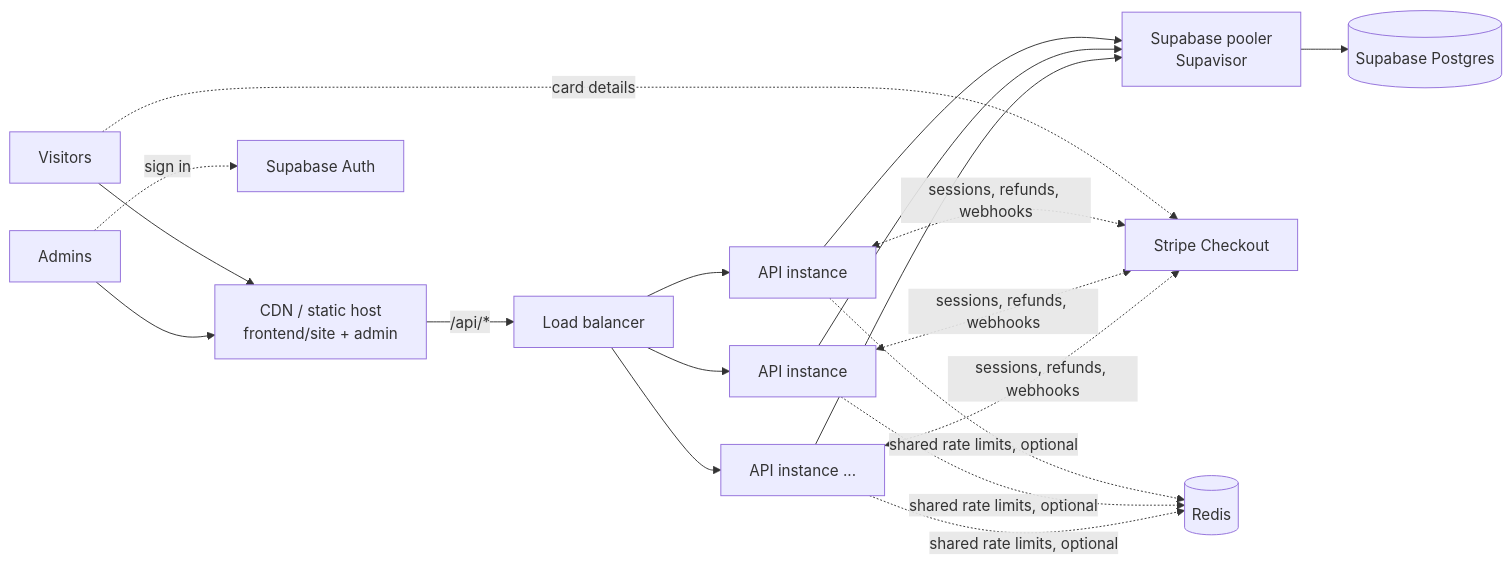
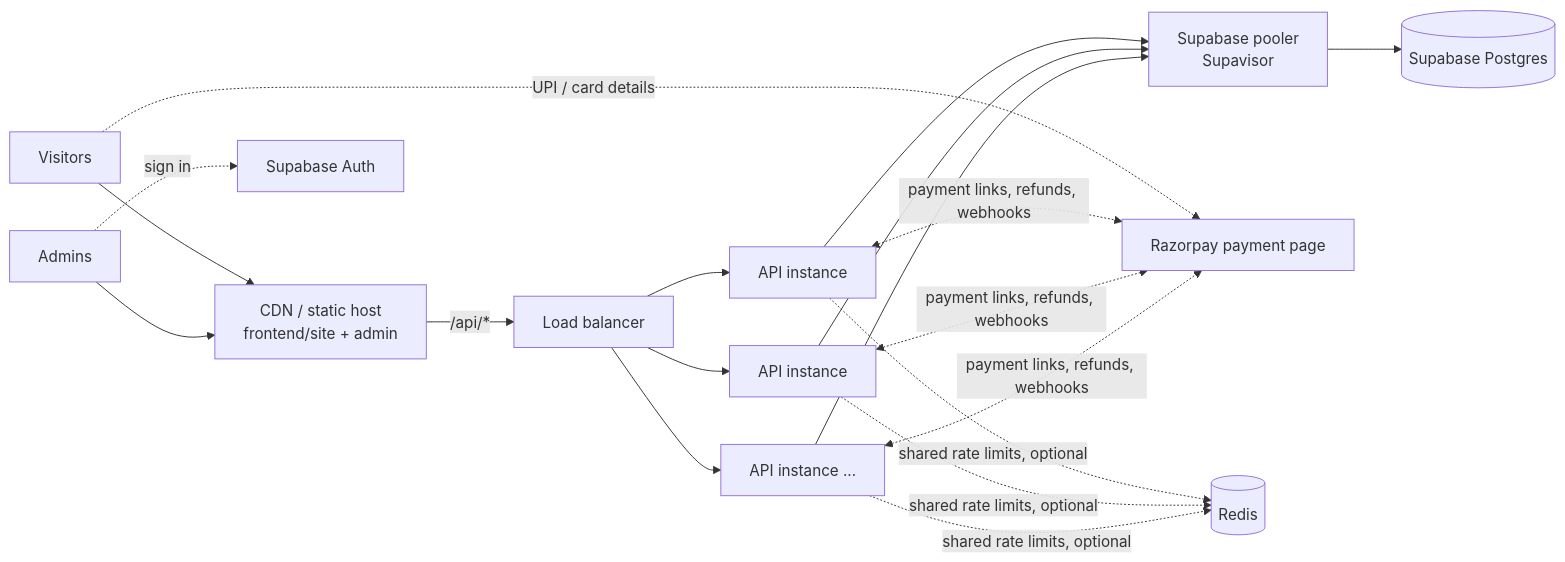
Before and after one commit to mohi2006august/grownd: the diagram in grownd-main/README.md, drawn with Mermaid. The commit also changed other lines of this file and 25 other files, not shown here.

First line of the commit message:
Take payments with Razorpay instead of Stripe

````diff
--- a/grownd-main/README.md
+++ b/grownd-main/README.md
@@ -34,15 +34,15 @@
 ```mermaid
 flowchart LR
   V[Visitors] --> CDN[CDN / static host<br/>frontend/site + admin]
   A[Admins] --> CDN
   CDN -- "/api/*" --> LB[Load balancer]
   LB --> API1[API instance]
   LB --> API2[API instance]
   LB --> APIn[API instance ...]
   API1 & API2 & APIn --> POOL[Supabase pooler<br/>Supavisor]
   POOL --> PG[(Supabase Postgres)]
   A -. sign in .-> AUTH[Supabase Auth]
-  V -. card details .-> STRIPE[Stripe Checkout]
-  API1 & API2 & APIn <-. sessions, refunds, webhooks .-> STRIPE
+  V -. UPI / card details .-> RZP[Razorpay payment page]
+  API1 & API2 & APIn <-. payment links, refunds, webhooks .-> RZP
   API1 & API2 & APIn -. shared rate limits, optional .-> R[(Redis)]
 ```
````
